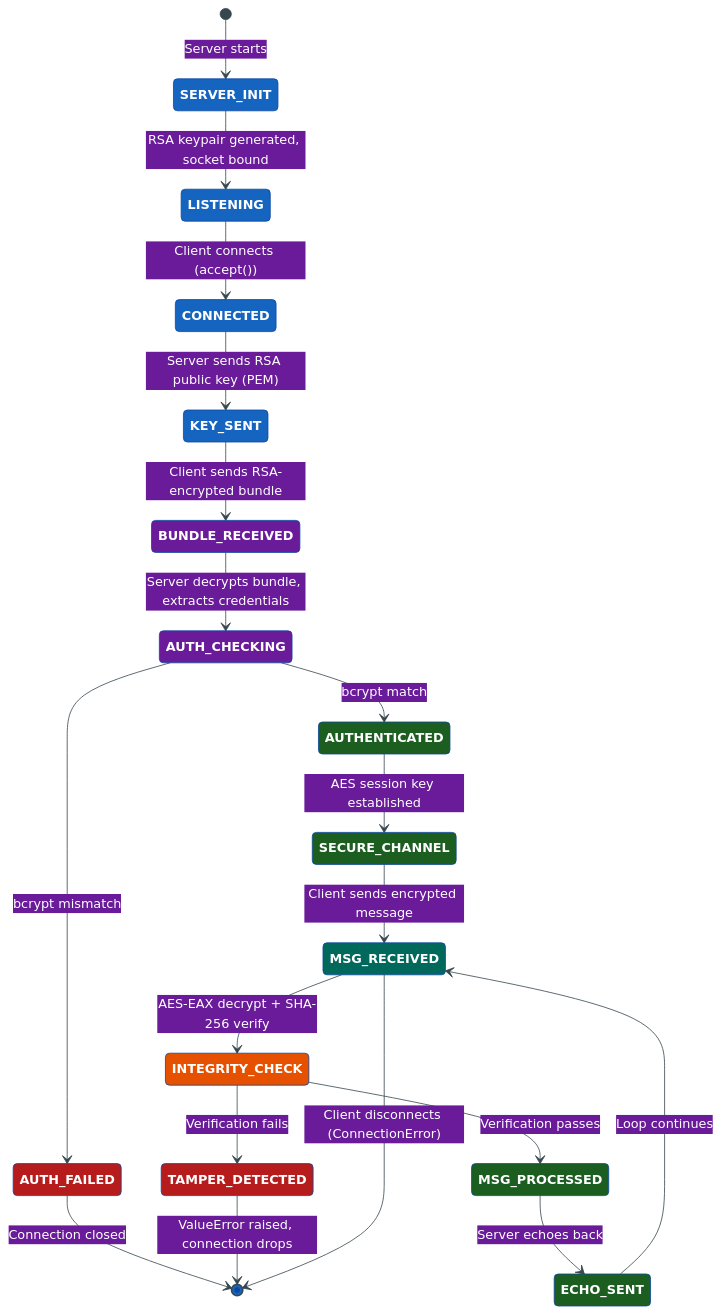
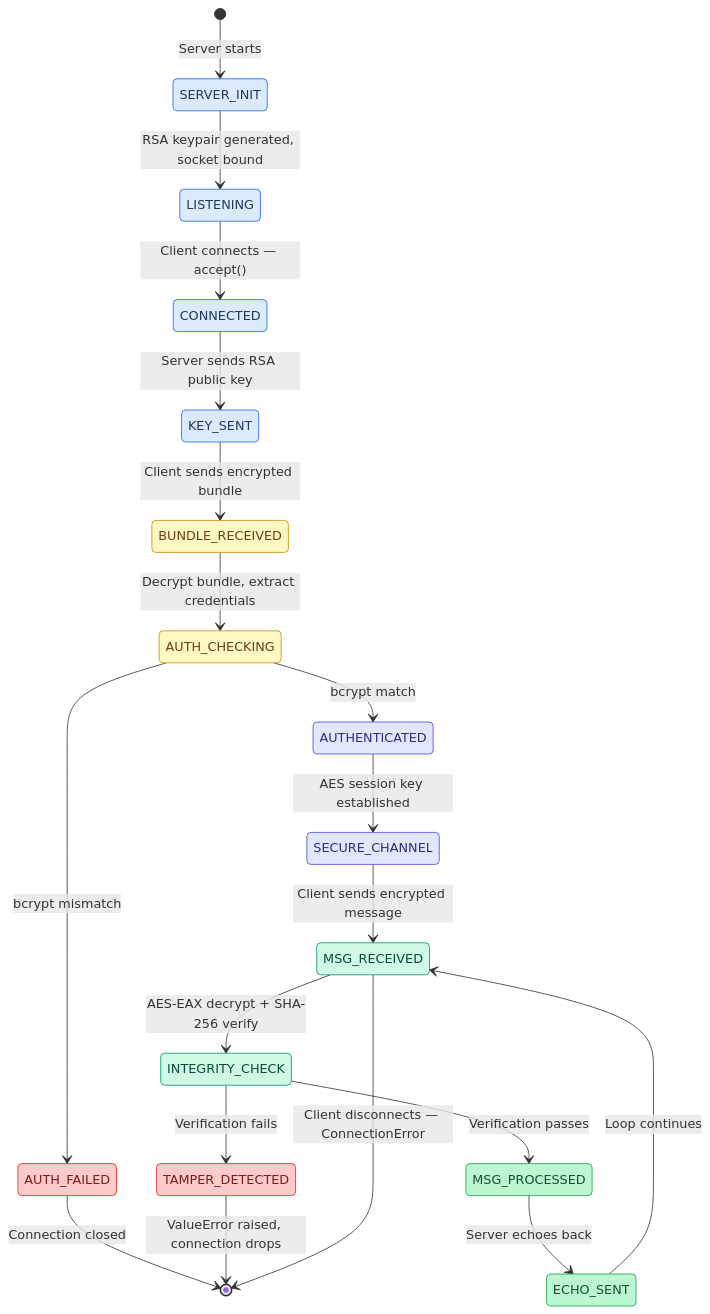
The ninth of 14 diagrams in PROJECT_DOCUMENTATION.md (HeshamAfandi/Secure-Communication-System), drawn with Mermaid before and after one commit. The commit also changed other lines of this file, not shown here.

````diff
--- a/PROJECT_DOCUMENTATION.md
+++ b/PROJECT_DOCUMENTATION.md
@@ -760,41 +816,40 @@
 ```mermaid
-%%{init: {'theme': 'base', 'themeVariables': {'primaryColor': '#1565C0', 'primaryTextColor': '#FFFFFF', 'primaryBorderColor': '#0D47A1', 'lineColor': '#37474F', 'secondaryColor': '#6A1B9A', 'tertiaryColor': '#E8F5E9'}}}%%
 stateDiagram-v2
-    classDef setup     fill:#1565C0,color:#FFFFFF,font-weight:bold
-    classDef handshake fill:#6A1B9A,color:#FFFFFF,font-weight:bold
-    classDef success   fill:#1B5E20,color:#FFFFFF,font-weight:bold
-    classDef failure   fill:#B71C1C,color:#FFFFFF,font-weight:bold
-    classDef active    fill:#00695C,color:#FFFFFF,font-weight:bold
-    classDef check     fill:#E65100,color:#FFFFFF,font-weight:bold
+    classDef input     fill:#dbeafe,stroke:#2563eb,color:#1e3a5f
+    classDef process   fill:#d1fae5,stroke:#059669,color:#064e3b
+    classDef builder   fill:#e0e7ff,stroke:#4f46e5,color:#312e81
+    classDef done      fill:#bbf7d0,stroke:#16a34a,color:#14532d
+    classDef fail      fill:#fecaca,stroke:#dc2626,color:#7f1d1d
+    classDef decision  fill:#fef9c3,stroke:#ca8a04,color:#713f12
 
     [*] --> SERVER_INIT: Server starts
 
     SERVER_INIT --> LISTENING: RSA keypair generated, socket bound
-    LISTENING --> CONNECTED: Client connects (accept())
-    CONNECTED --> KEY_SENT: Server sends RSA public key (PEM)
-    KEY_SENT --> BUNDLE_RECEIVED: Client sends RSA-encrypted bundle
+    LISTENING --> CONNECTED: Client connects — accept()
+    CONNECTED --> KEY_SENT: Server sends RSA public key
+    KEY_SENT --> BUNDLE_RECEIVED: Client sends encrypted bundle
 
-    BUNDLE_RECEIVED --> AUTH_CHECKING: Server decrypts bundle, extracts credentials
+    BUNDLE_RECEIVED --> AUTH_CHECKING: Decrypt bundle, extract credentials
     AUTH_CHECKING --> AUTH_FAILED: bcrypt mismatch
     AUTH_CHECKING --> AUTHENTICATED: bcrypt match
 
     AUTH_FAILED --> [*]: Connection closed
     AUTHENTICATED --> SECURE_CHANNEL: AES session key established
 
     SECURE_CHANNEL --> MSG_RECEIVED: Client sends encrypted message
     MSG_RECEIVED --> INTEGRITY_CHECK: AES-EAX decrypt + SHA-256 verify
     INTEGRITY_CHECK --> TAMPER_DETECTED: Verification fails
     INTEGRITY_CHECK --> MSG_PROCESSED: Verification passes
     MSG_PROCESSED --> ECHO_SENT: Server echoes back
     ECHO_SENT --> MSG_RECEIVED: Loop continues
 
     TAMPER_DETECTED --> [*]: ValueError raised, connection drops
-    MSG_RECEIVED --> [*]: Client disconnects (ConnectionError)
+    MSG_RECEIVED --> [*]: Client disconnects — ConnectionError
 
-    class SERVER_INIT,LISTENING,CONNECTED,KEY_SENT setup
-    class BUNDLE_RECEIVED,AUTH_CHECKING handshake
-    class AUTHENTICATED,SECURE_CHANNEL,MSG_PROCESSED,ECHO_SENT success
-    class AUTH_FAILED,TAMPER_DETECTED failure
-    class MSG_RECEIVED active
-    class INTEGRITY_CHECK check
+    class SERVER_INIT,LISTENING,CONNECTED,KEY_SENT input
+    class BUNDLE_RECEIVED,AUTH_CHECKING decision
+    class AUTHENTICATED,SECURE_CHANNEL builder
+    class MSG_RECEIVED,INTEGRITY_CHECK process
+    class MSG_PROCESSED,ECHO_SENT done
+    class AUTH_FAILED,TAMPER_DETECTED fail
 ```
````
